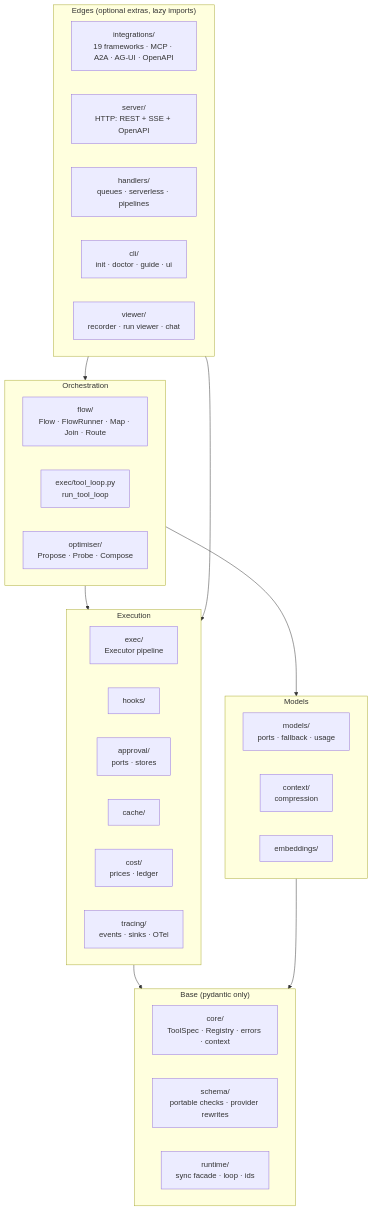
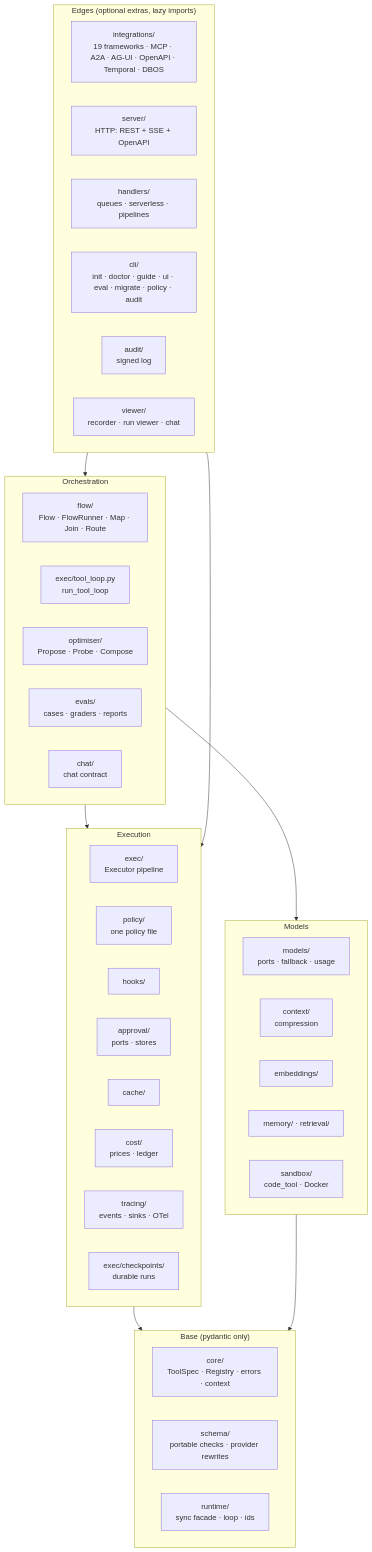
The first of 2 diagrams in CODEBASE.md (VeloceAI/agent-adapter), drawn with Mermaid before and after one commit. The commit also changed other lines of this file and 654 other files, not shown here.

````diff
--- a/CODEBASE.md
+++ b/CODEBASE.md
@@ -29,36 +29,43 @@
 ```mermaid
 flowchart TB
   subgraph EDGE["Edges (optional extras, lazy imports)"]
-    INT["integrations/<br/>19 frameworks · MCP · A2A · AG-UI · OpenAPI"]
+    INT["integrations/<br/>19 frameworks · MCP · A2A · AG-UI · OpenAPI · Temporal · DBOS"]
     SRV["server/<br/>HTTP: REST + SSE + OpenAPI"]
     HND["handlers/<br/>queues · serverless · pipelines"]
-    CLI["cli/<br/>init · doctor · guide · ui"]
+    CLI["cli/<br/>init · doctor · guide · ui · eval · migrate · policy · audit"]
+    AUD["audit/<br/>signed log"]
     VWR["viewer/<br/>recorder · run viewer · chat"]
   end
   subgraph ORCH["Orchestration"]
     FLOW["flow/<br/>Flow · FlowRunner · Map · Join · Route"]
     LOOP["exec/tool_loop.py<br/>run_tool_loop"]
     OPT["optimiser/<br/>Propose · Probe · Compose"]
+    EVL["evals/<br/>cases · graders · reports"]
+    CHAT["chat/<br/>chat contract"]
   end
   subgraph RUN["Execution"]
     EXEC["exec/<br/>Executor pipeline"]
+    POL["policy/<br/>one policy file"]
     HOOK["hooks/"]
     APR["approval/<br/>ports · stores"]
     CACHE["cache/"]
     COST["cost/<br/>prices · ledger"]
     TRC["tracing/<br/>events · sinks · OTel"]
+    CKP["exec/checkpoints/<br/>durable runs"]
   end
   subgraph MOD["Models"]
     MODELS["models/<br/>ports · fallback · usage"]
     CTX["context/<br/>compression"]
     EMB["embeddings/"]
+    MEM["memory/ · retrieval/"]
+    SBX["sandbox/<br/>code_tool · Docker"]
   end
   subgraph BASE["Base (pydantic only)"]
     CORE["core/<br/>ToolSpec · Registry · errors · context"]
     SCH["schema/<br/>portable checks · provider rewrites"]
     RT["runtime/<br/>sync facade · loop · ids"]
   end
   EDGE --> ORCH --> RUN --> BASE
   ORCH --> MOD --> BASE
   EDGE --> RUN
 ```
````
